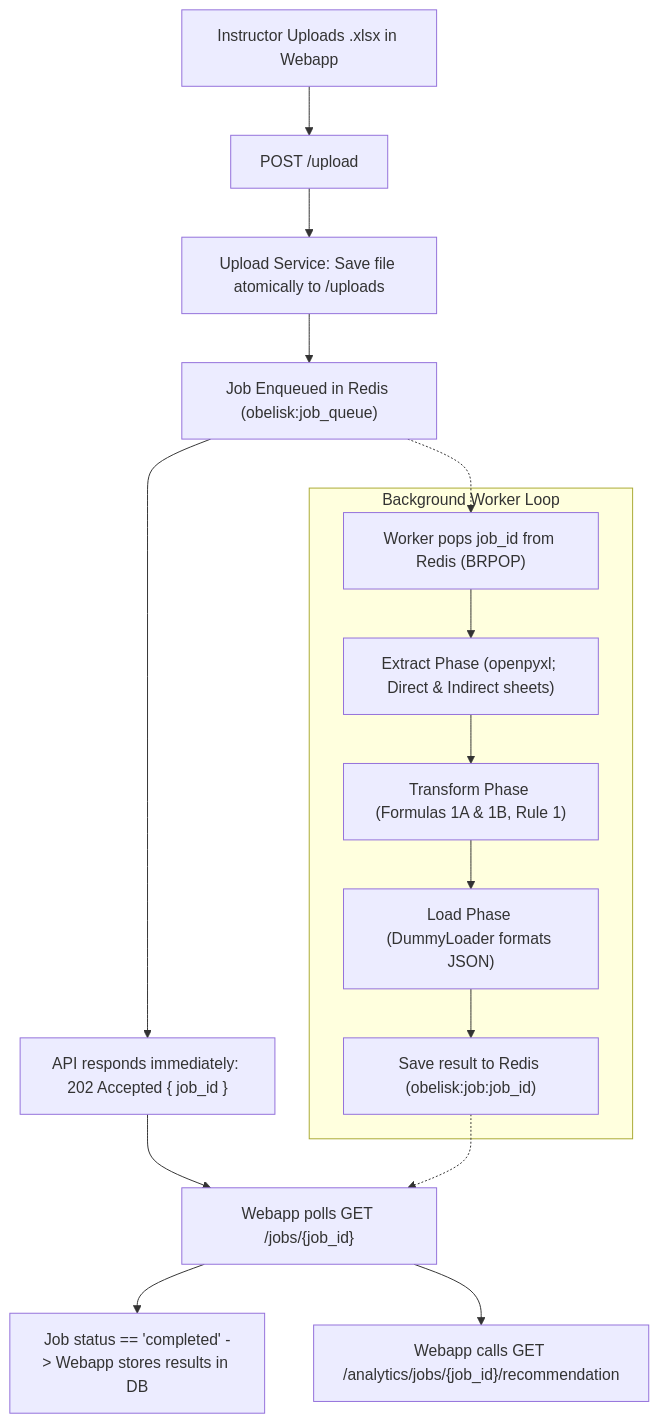
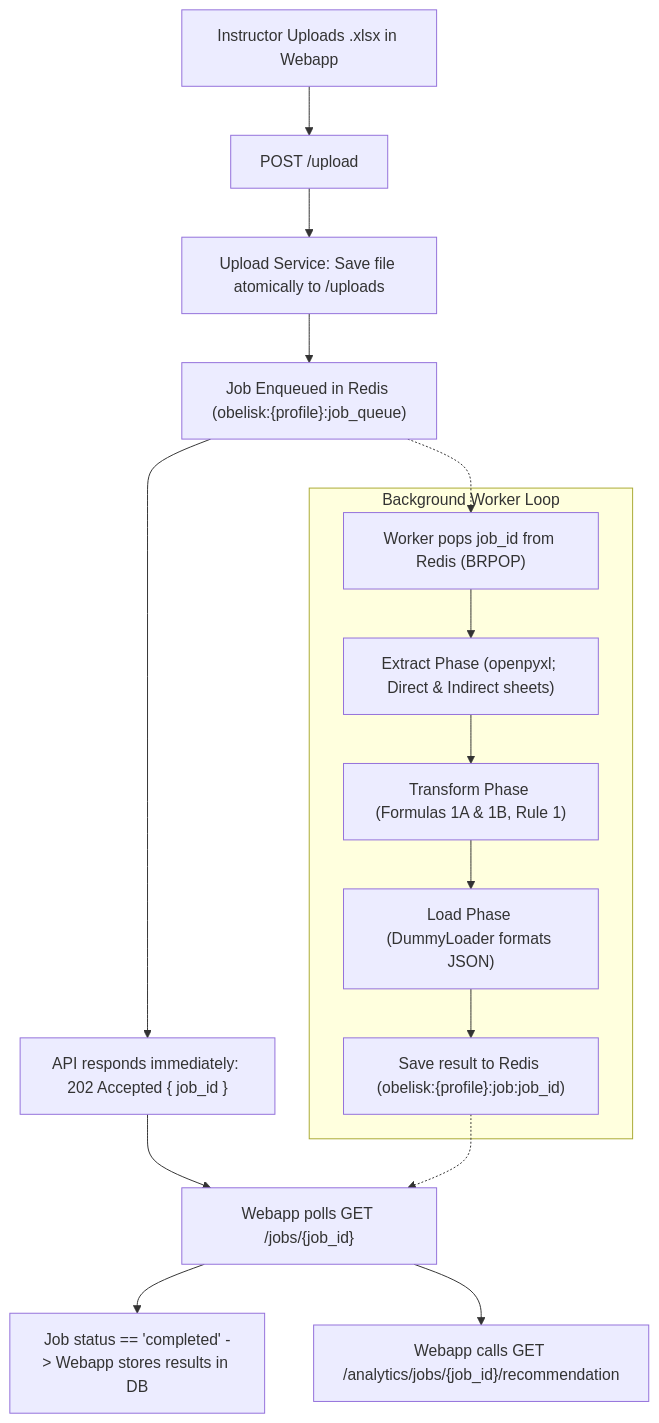
Before and after one commit to Zerodayu/Obelisk: the first of 2 diagrams in apps/python-server/documentations/SYSTEM_PROCESS_EXPLAINED.md, drawn with Mermaid. The commit also changed other lines of this file and 4 other files, not shown here.

First line of the commit message:
fix: namespace Redis job keys by OBELISK_ENV profile

````diff
--- a/apps/python-server/documentations/SYSTEM_PROCESS_EXPLAINED.md
+++ b/apps/python-server/documentations/SYSTEM_PROCESS_EXPLAINED.md
@@ -85,21 +85,21 @@
 ```mermaid
 flowchart TD
     A["Instructor Uploads .xlsx in Webapp"] --> B["POST /upload"]
     B --> C["Upload Service: Save file atomically to /uploads"]
-    C --> D["Job Enqueued in Redis (obelisk:job_queue)"]
+    C --> D["Job Enqueued in Redis (obelisk:{profile}:job_queue)"]
     D --> E["API responds immediately: 202 Accepted { job_id }"]
     
     subgraph Background Worker Loop
         F["Worker pops job_id from Redis (BRPOP)"]
         F --> G["Extract Phase (openpyxl; Direct & Indirect sheets)"]
         G --> H["Transform Phase (Formulas 1A & 1B, Rule 1)"]
         H --> I["Load Phase (DummyLoader formats JSON)"]
-        I --> J["Save result to Redis (obelisk:job:job_id)"]
+        I --> J["Save result to Redis (obelisk:{profile}:job:job_id)"]
     end
     
     D -.-> F
     E --> K["Webapp polls GET /jobs/{job_id}"]
     J -.-> K
     K --> L["Job status == 'completed' -> Webapp stores results in DB"]
     K --> M["Webapp calls GET /analytics/jobs/{job_id}/recommendation"]
 ```
````
